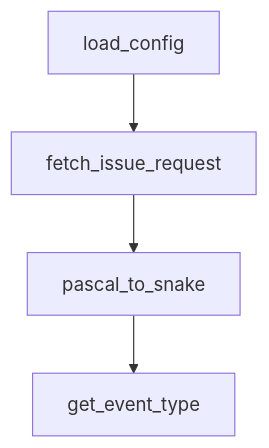
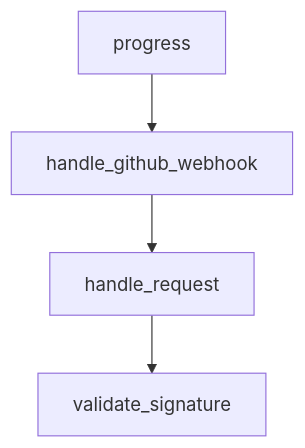
Before and after one commit to johnxie/awesome-code-docs: the diagram in tutorials/sweep-tutorial/06-search-planning-and-execution-patterns.md, drawn with Mermaid. The commit also changed other lines of this file and 1232 other files, not shown here.

````diff
--- a/tutorials/sweep-tutorial/06-search-planning-and-execution-patterns.md
+++ b/tutorials/sweep-tutorial/06-search-planning-and-execution-patterns.md
@@ -221,10 +219,10 @@
 ```mermaid
 flowchart TD
-    A[load_config]
-    B[fetch_issue_request]
-    C[pascal_to_snake]
-    D[get_event_type]
+    A[progress]
+    B[handle_github_webhook]
+    C[handle_request]
+    D[validate_signature]
     A --> B
     B --> C
     C --> D
 ```
````
